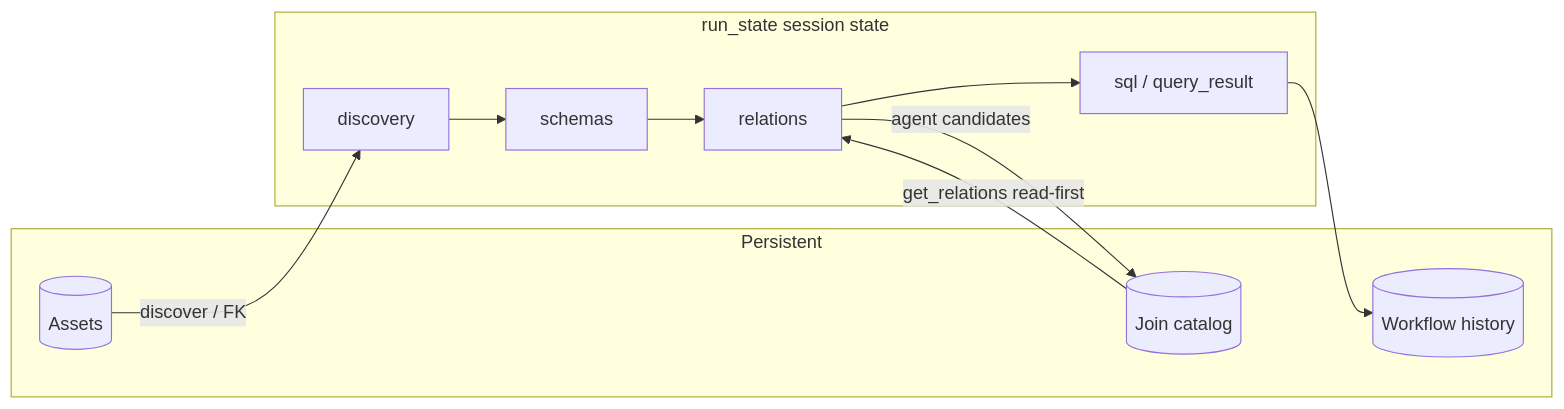
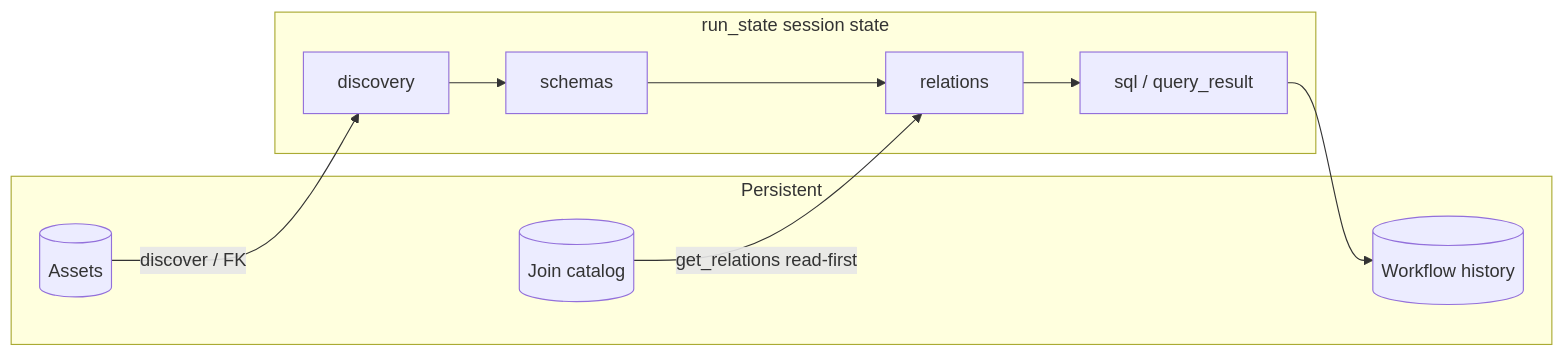
Before and after one commit to W1412X/dbaide: the eighth of 8 diagrams in docs/DESIGN.md, drawn with Mermaid. The commit also changed other lines of this file and 32 other files, not shown here.

````diff
--- a/docs/DESIGN.md
+++ b/docs/DESIGN.md
@@ -339,21 +338,20 @@
 ```mermaid
 flowchart LR
     subgraph Persistent["Persistent"]
         AS[("Assets")]
         JN[("Join catalog")]
         HI[("Workflow history")]
     end
 
     subgraph Runtime["run_state session state"]
         LD["discovery"]
         LS["schemas"]
         LR["relations"]
         LQ["sql / query_result"]
     end
 
     AS -->|discover / FK| LD
     JN -->|get_relations read-first| LR
     LD --> LS --> LR --> LQ
-    LR -->|agent candidates| JN
     LQ --> HI
 ```
````
